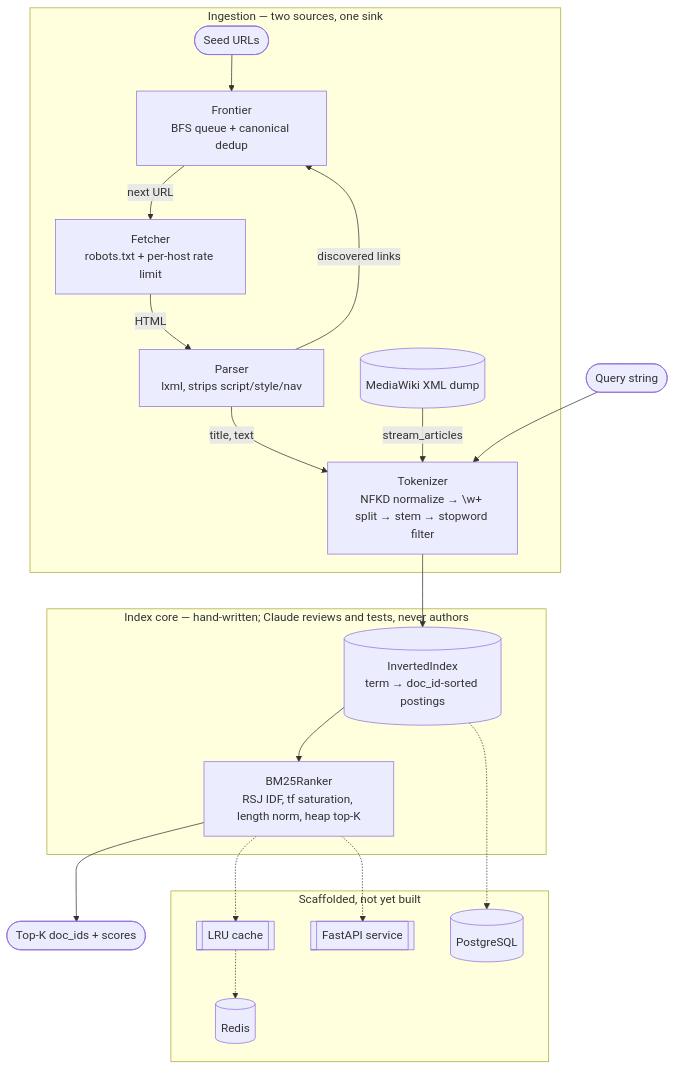
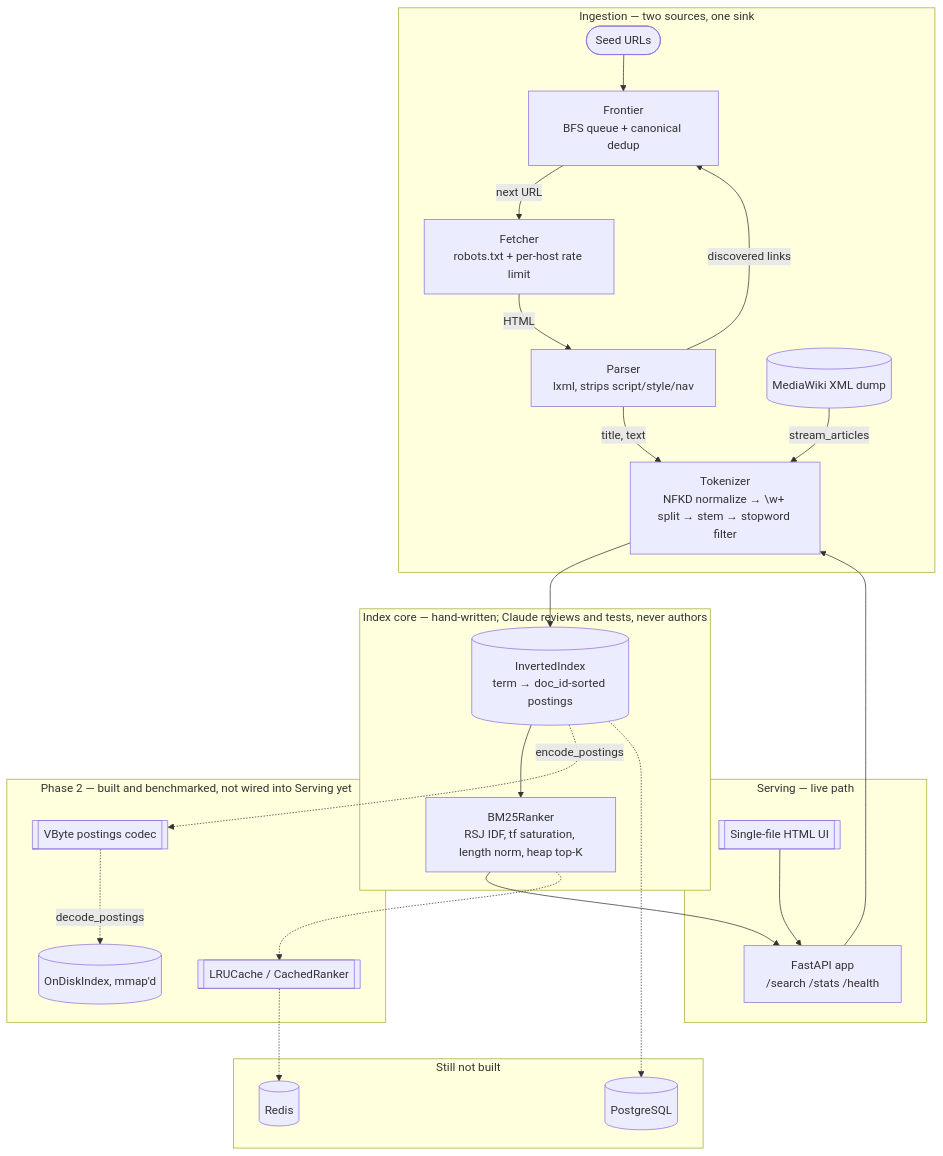
Before and after one commit to Ramesh-codex/distributed-search-engine: the diagram in README.md, drawn with Mermaid. The commit also changed other lines of this file and 1 other file, not shown here.

Commit message:
Benchmark on-disk index at 100K: 7.6x less resident, 334x faster load, lower latency

````diff
--- a/README.md
+++ b/README.md
@@ -12,32 +12,41 @@
 ```mermaid
 flowchart TB
     subgraph Ingestion["Ingestion — two sources, one sink"]
         Seeds([Seed URLs]) --> Frontier[Frontier<br/>BFS queue + canonical dedup]
         Frontier -- next URL --> Fetcher[Fetcher<br/>robots.txt + per-host rate limit]
         Fetcher -- HTML --> Parser[Parser<br/>lxml, strips script/style/nav]
         Parser -- discovered links --> Frontier
         Dump[(MediaWiki XML dump)] -- stream_articles --> Analyzer
         Parser -- title, text --> Analyzer
     end
 
     subgraph Core["Index core — hand-written; Claude reviews and tests, never authors"]
         Analyzer[Tokenizer<br/>NFKD normalize → \w+ split → stem → stopword filter]
         Analyzer --> Index[(InvertedIndex<br/>term → doc_id-sorted postings)]
         Index --> Ranker[BM25Ranker<br/>RSJ IDF, tf saturation, length norm, heap top-K]
     end
 
-    Query([Query string]) --> Analyzer
-    Ranker --> Results([Top-K doc_ids + scores])
+    subgraph Serving["Serving — live path"]
+        UI[[Single-file HTML UI]] --> API[FastAPI app<br/>/search /stats /health]
+    end
 
-    subgraph Planned["Scaffolded, not yet built"]
-        Cache[[LRU cache]]
-        API[[FastAPI service]]
+    API --> Analyzer
+    Ranker --> API
+
+    subgraph Phase2["Phase 2 — built and benchmarked, not wired into Serving yet"]
+        Cache[[LRUCache / CachedRanker]]
+        Codec[[VByte postings codec]]
+        OnDisk[(OnDiskIndex, mmap'd)]
+    end
+
+    subgraph Planned["Still not built"]
         PG[(PostgreSQL)]
         Redis[(Redis)]
     end
 
     Ranker -.-> Cache
+    Index -. encode_postings .-> Codec
+    Codec -. decode_postings .-> OnDisk
     Index -.-> PG
     Cache -.-> Redis
-    Ranker -.-> API
 ```
````
